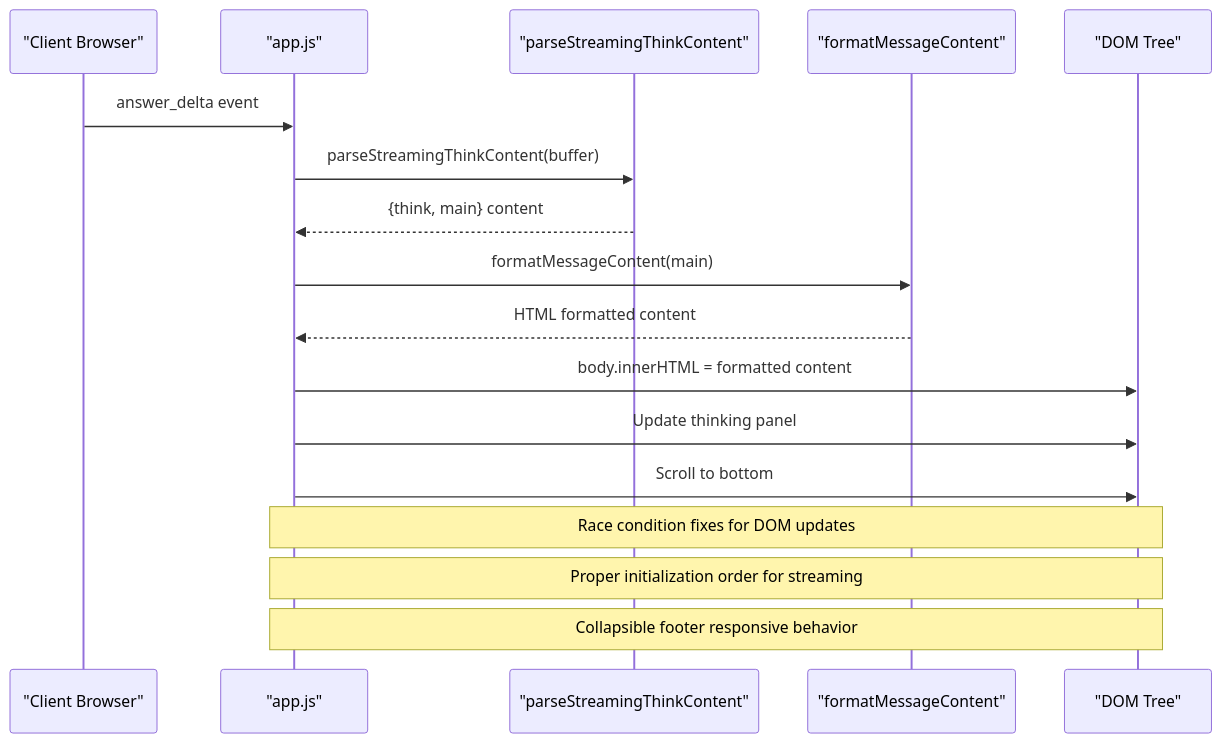
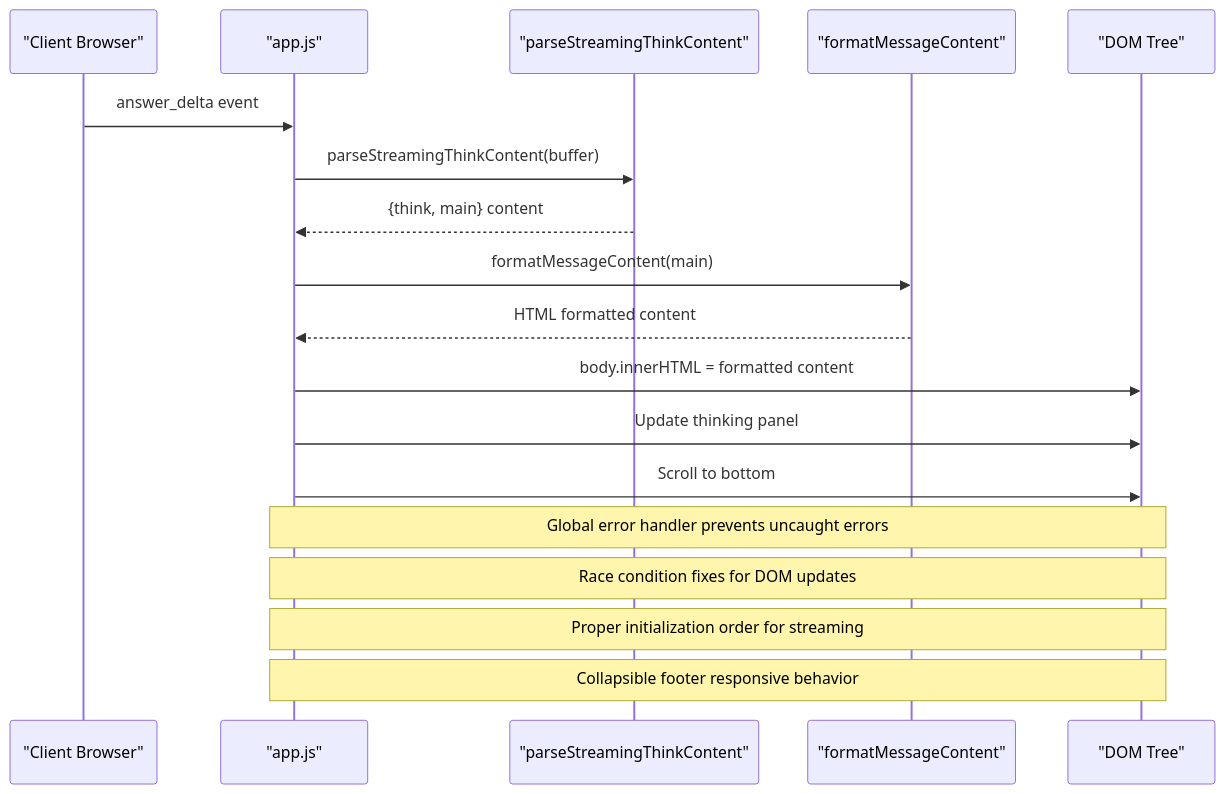
Before and after one commit to intellistream/sage-mate: the seventh of 10 diagrams in .qoder/repowiki/en/content/Core Components/Core Components.md, drawn with Mermaid. The commit also changed other lines of this file and 121 other files, not shown here.

````diff
--- a/.qoder/repowiki/en/content/Core Components/Core Components.md
+++ b/.qoder/repowiki/en/content/Core Components/Core Components.md
@@ -678,19 +706,20 @@
 ```mermaid
 sequenceDiagram
 participant Client as "Client Browser"
 participant App as "app.js"
 participant Parser as "parseStreamingThinkContent"
 participant Formatter as "formatMessageContent"
 participant DOM as "DOM Tree"
 Client->>App : answer_delta event
 App->>Parser : parseStreamingThinkContent(buffer)
 Parser-->>App : {think, main} content
 App->>Formatter : formatMessageContent(main)
 Formatter-->>App : HTML formatted content
 App->>DOM : body.innerHTML = formatted content
 App->>DOM : Update thinking panel
 App->>DOM : Scroll to bottom
+Note over App,DOM : Global error handler prevents uncaught errors
 Note over App,DOM : Race condition fixes for DOM updates
 Note over App,DOM : Proper initialization order for streaming
 Note over App,DOM : Collapsible footer responsive behavior
 ```
````
